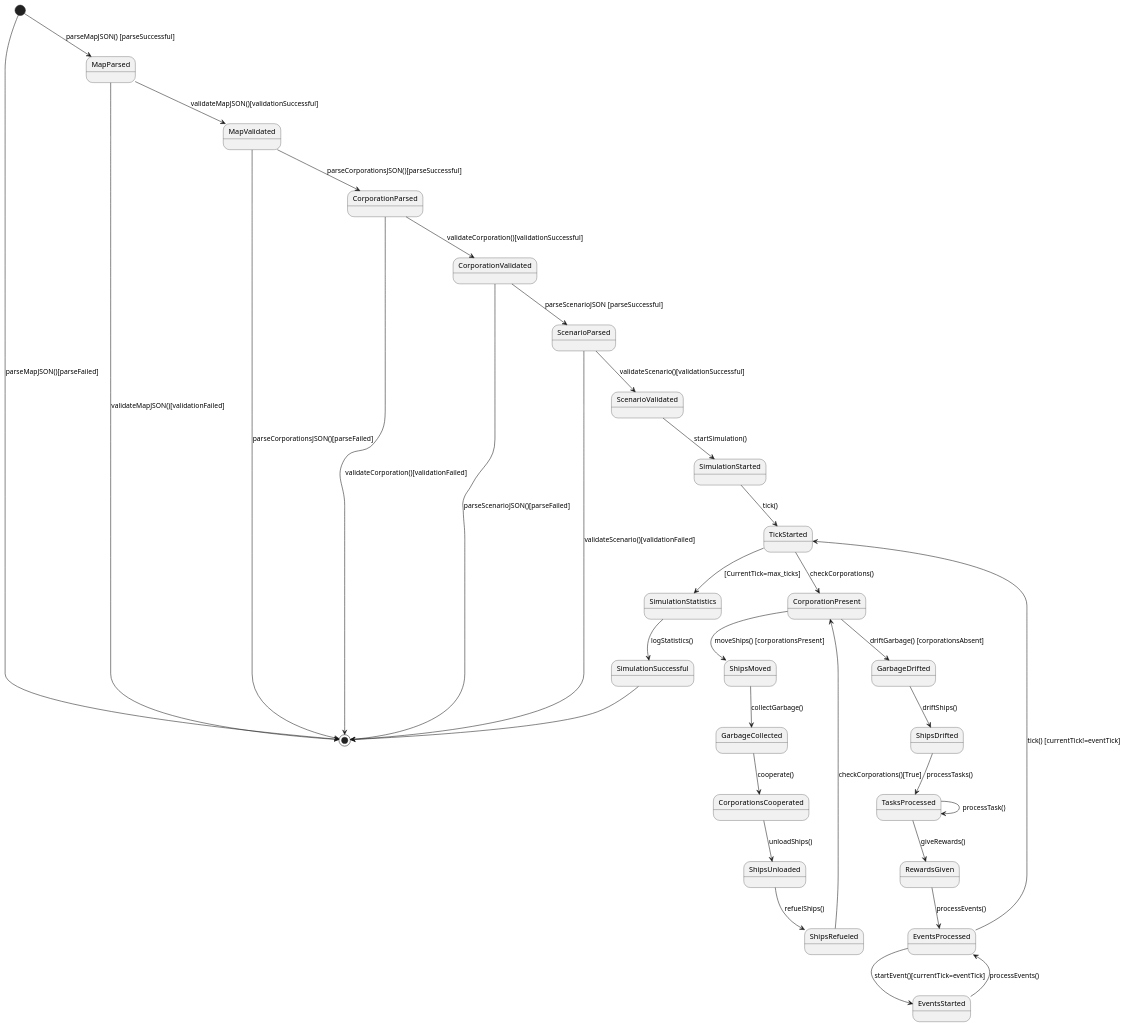
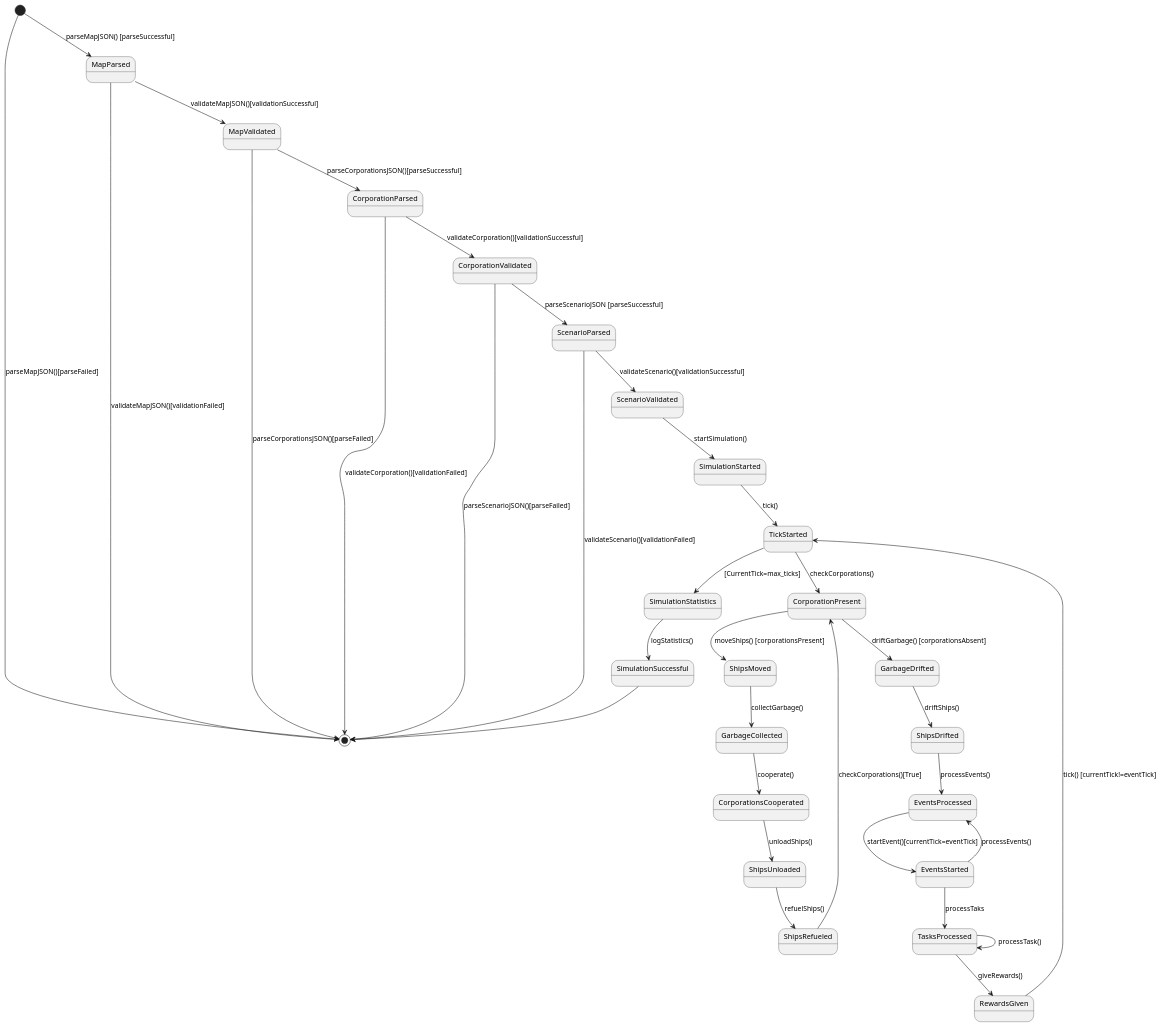
The diagram in StateDiagram.puml (Atharvakore/Save-The-Saardines), drawn with PlantUML before and after one commit.

Commit message:
minor fix of states

```diff
--- a/StateDiagram.puml
+++ b/StateDiagram.puml
@@ -1,39 +1,45 @@
 @startuml
 [*] --> MapParsed: parseMapJSON() [parseSuccessful]
 MapParsed --> MapValidated: validateMapJSON()[validationSuccessful]
 MapParsed --> [*] : validateMapJSON()[validationFailed]
 [*] --> [*] : parseMapJSON()[parseFailed]
 
 MapValidated --> CorporationParsed : parseCorporationsJSON()[parseSuccessful]
 MapValidated --> [*] : parseCorporationsJSON()[parseFailed]
 CorporationParsed -->CorporationValidated : validateCorporation()[validationSuccessful]
 CorporationParsed -->[*] : validateCorporation()[validationFailed]
 CorporationValidated --> ScenarioParsed : parseScenarioJSON [parseSuccessful]
 ScenarioParsed --> ScenarioValidated : validateScenario()[validationSuccessful]
 ScenarioParsed --> [*] : validateScenario()[validationFailed]
 CorporationValidated --> [*] : parseScenarioJSON()[parseFailed]
 
 ScenarioValidated--> SimulationStarted : startSimulation()
 
 SimulationStarted --> TickStarted : tick()
 
 TickStarted --> CorporationPresent : checkCorporations()
 CorporationPresent --> ShipsMoved : moveShips() [corporationsPresent]
 ShipsMoved --> GarbageCollected : collectGarbage()
 GarbageCollected --> CorporationsCooperated : cooperate()
 CorporationsCooperated --> ShipsUnloaded : unloadShips()
 ShipsUnloaded --> ShipsRefueled : refuelShips()
 ShipsRefueled --> CorporationPresent : checkCorporations()[True]
 CorporationPresent --> GarbageDrifted : driftGarbage() [corporationsAbsent]
 GarbageDrifted --> ShipsDrifted : driftShips()
-ShipsDrifted --> TasksProcessed : processTasks()
+ShipsDrifted --> EventsProcessed : processEvents()
+
+
+
+EventsProcessed --> EventsStarted: startEvent()[currentTick=eventTick]
+EventsStarted --> EventsProcessed : processEvents()
+EventsStarted --> TasksProcessed : processTaks
 TasksProcessed --> TasksProcessed : processTask()
 TasksProcessed --> RewardsGiven: giveRewards()
-RewardsGiven --> EventsProcessed: processEvents()
-EventsProcessed --> TickStarted : tick() [currentTick!=eventTick]
-EventsProcessed --> EventsStarted : startEvent()[currentTick=eventTick]
-EventsStarted --> EventsProcessed : processEvents()
+RewardsGiven --> TickStarted : tick() [currentTick!=eventTick]
+
+
 TickStarted --> SimulationStatistics : [CurrentTick=max_ticks]
 SimulationStatistics --> SimulationSuccessful : logStatistics()
+
 SimulationSuccessful --> [*]
 @enduml
```
